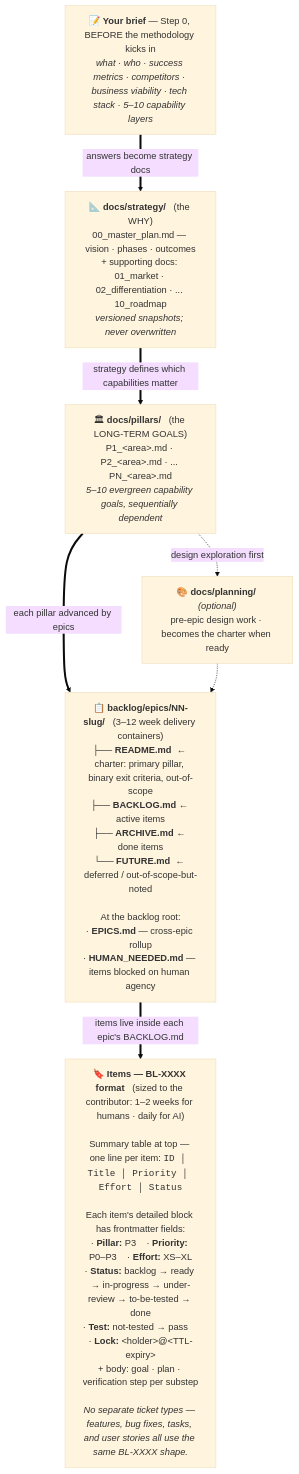
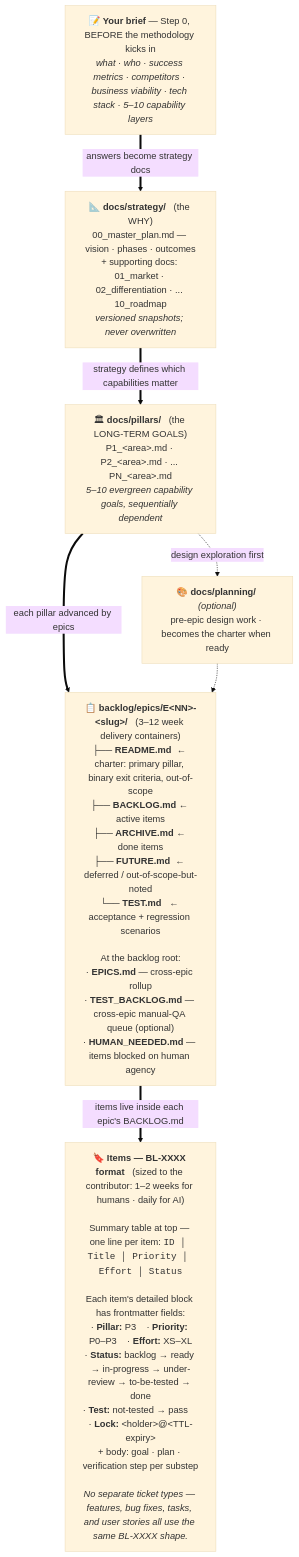
Before and after one commit to Korner83/ai-development-methodology: the second of 2 diagrams in README.md, drawn with Mermaid (base theme). The commit also changed other lines of this file and 13 other files, not shown here.

````diff
--- a/README.md
+++ b/README.md
@@ -154,23 +154,23 @@
 ```mermaid
 flowchart TB
     BRIEF["📝 <b>Your brief</b> — Step 0, BEFORE the methodology kicks in<br/><i>what · who · success metrics · competitors · business viability · tech stack · 5–10 capability layers</i>"]
 
     BRIEF ==>|"answers become strategy docs"| STRAT
 
     STRAT["📐 <b>docs/strategy/</b> &nbsp; (the WHY)<br/>00_master_plan.md — vision · phases · outcomes<br/>+ supporting docs: 01_market · 02_differentiation · ... 10_roadmap<br/><i>versioned snapshots; never overwritten</i>"]
 
     STRAT ==>|"strategy defines which capabilities matter"| PIL
 
     PIL["🏛 <b>docs/pillars/</b> &nbsp; (the LONG-TERM GOALS)<br/>P1_&lt;area&gt;.md · P2_&lt;area&gt;.md · ... PN_&lt;area&gt;.md<br/><i>5–10 evergreen capability goals, sequentially dependent</i>"]
 
     PIL ==>|"each pillar advanced by epics"| EPICS
     PIL -.->|"design exploration first"| PLAN
     PLAN["🎨 <b>docs/planning/</b> <i>(optional)</i><br/>pre-epic design work · becomes the charter when ready"]
     PLAN -.-> EPICS
 
-    EPICS["📋 <b>backlog/epics/NN-slug/</b> &nbsp; (3–12 week delivery containers)<br/>├── <b>README.md</b> &nbsp;← charter: primary pillar, binary exit criteria, out-of-scope<br/>├── <b>BACKLOG.md</b> ← active items<br/>├── <b>ARCHIVE.md</b> ← done items<br/>└── <b>FUTURE.md</b> &nbsp;← deferred / out-of-scope-but-noted<br/><br/>At the backlog root:<br/>· <b>EPICS.md</b> — cross-epic rollup<br/>· <b>HUMAN_NEEDED.md</b> — items blocked on human agency"]
+    EPICS["📋 <b>backlog/epics/E&lt;NN&gt;-&lt;slug&gt;/</b> &nbsp; (3–12 week delivery containers)<br/>├── <b>README.md</b> &nbsp;← charter: primary pillar, binary exit criteria, out-of-scope<br/>├── <b>BACKLOG.md</b> ← active items<br/>├── <b>ARCHIVE.md</b> ← done items<br/>├── <b>FUTURE.md</b> &nbsp;← deferred / out-of-scope-but-noted<br/>└── <b>TEST.md</b> &nbsp; ← acceptance + regression scenarios<br/><br/>At the backlog root:<br/>· <b>EPICS.md</b> — cross-epic rollup<br/>· <b>TEST_BACKLOG.md</b> — cross-epic manual-QA queue (optional)<br/>· <b>HUMAN_NEEDED.md</b> — items blocked on human agency"]
 
     EPICS ==>|"items live inside each epic's BACKLOG.md"| ITEMS
 
     ITEMS["🔖 <b>Items — BL-XXXX format</b> &nbsp; (sized to the contributor: 1–2 weeks for humans · daily for AI)<br/><br/>Summary table at top — one line per item: <code>ID │ Title │ Priority │ Effort │ Status</code><br/><br/>Each item's detailed block has frontmatter fields:<br/>· <b>Pillar:</b> P3 &nbsp;&nbsp; · <b>Priority:</b> P0–P3 &nbsp;&nbsp; · <b>Effort:</b> XS–XL<br/>· <b>Status:</b> backlog → ready → in-progress → under-review → to-be-tested → done<br/>· <b>Test:</b> not-tested → pass &nbsp;&nbsp; · <b>Lock:</b> &lt;holder&gt;@&lt;TTL-expiry&gt;<br/>+ body: goal · plan · verification step per substep<br/><br/><i>No separate ticket types — features, bug fixes, tasks, and user stories all use the same BL-XXXX shape.</i>"]
 ```
````
